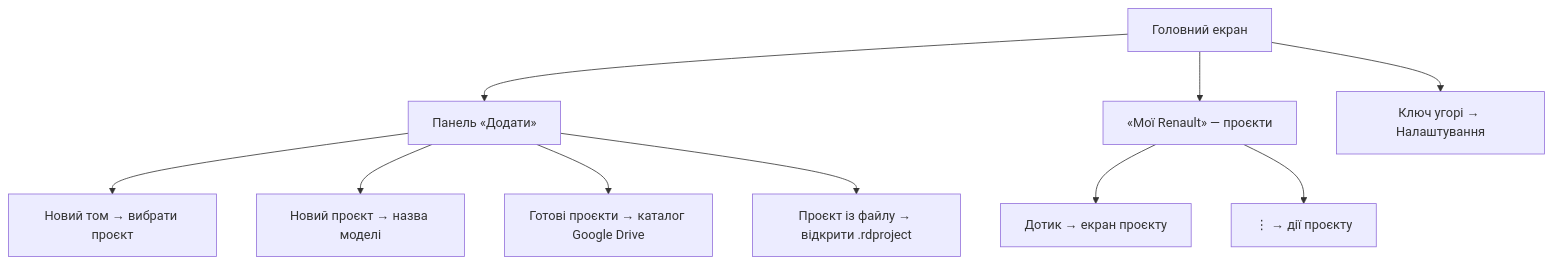
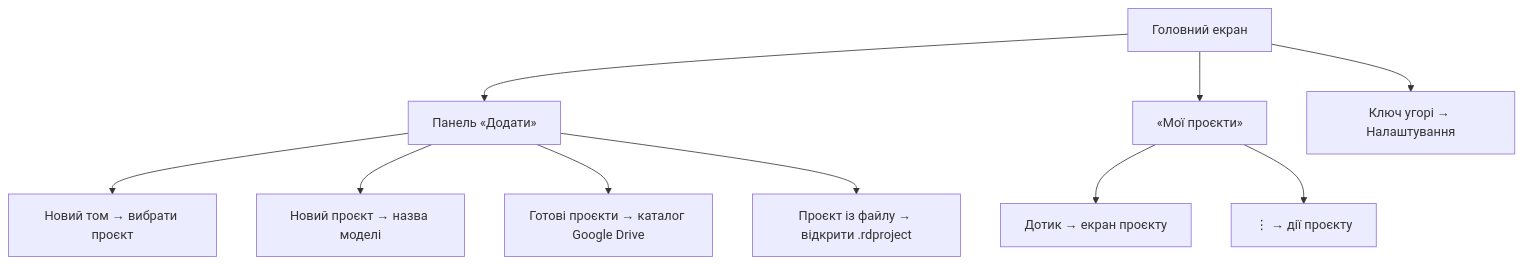
One commit to faric-ua/renault-docs-android changed the second of 12 diagrams in docs/ua/USER_GUIDE.md. Above: the diagram before and after it, drawn with Mermaid. The commit also changed other lines of this file and 32 other files, not shown here.

````diff
--- a/docs/ua/USER_GUIDE.md
+++ b/docs/ua/USER_GUIDE.md
@@ -51,12 +51,12 @@
 ```mermaid
 flowchart TD
     H["Головний екран"] --> ADD["Панель «Додати»"]
-    H --> MY["«Мої Renault» — проєкти"]
+    H --> MY["«Мої проєкти»"]
     H --> SET["Ключ угорі → Налаштування"]
     ADD --> NV["Новий том → вибрати проєкт"]
     ADD --> NP["Новий проєкт → назва моделі"]
     ADD --> DR["Готові проєкти → каталог Google Drive"]
     ADD --> PF["Проєкт із файлу → відкрити .rdproject"]
     MY --> OPEN["Дотик → екран проєкту"]
     MY --> MENU["⋮ → дії проєкту"]
 ```
````
